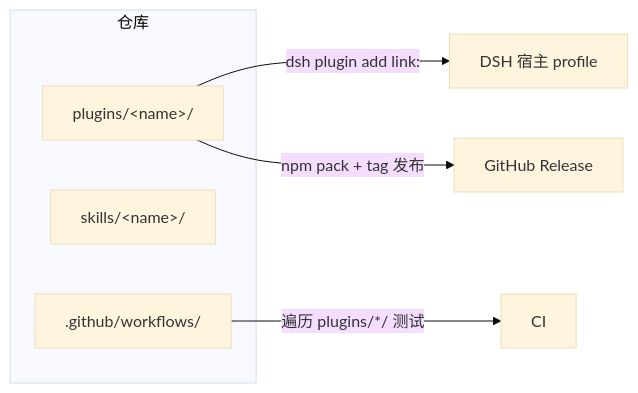
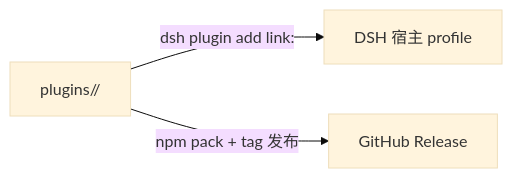
Before and after one commit to baosfeng/my-dsh-plugins: the diagram in docs/概览/架构总览.md, drawn with Mermaid (base theme). The commit also changed other lines of this file and 292 other files, not shown here.

````diff
--- a/docs/概览/架构总览.md
+++ b/docs/概览/架构总览.md
@@ -14,11 +12,5 @@
 ```mermaid
 flowchart LR
-    subgraph 仓库
-        P[plugins/&lt;name&gt;/]
-        S[skills/&lt;name&gt;/]
-        W[.github/workflows/]
-    end
-    P -- dsh plugin add link: --> DSH[DSH 宿主 profile]
-    P -- npm pack + tag 发布 --> R[GitHub Release]
-    W -- 遍历 plugins/*/ 测试 --> C[CI]
+    P["plugins/<name>/"] -- "dsh plugin add link:" --> DSH["DSH 宿主 profile"]
+    P -- "npm pack + tag 发布" --> R["GitHub Release"]
 ```
````
